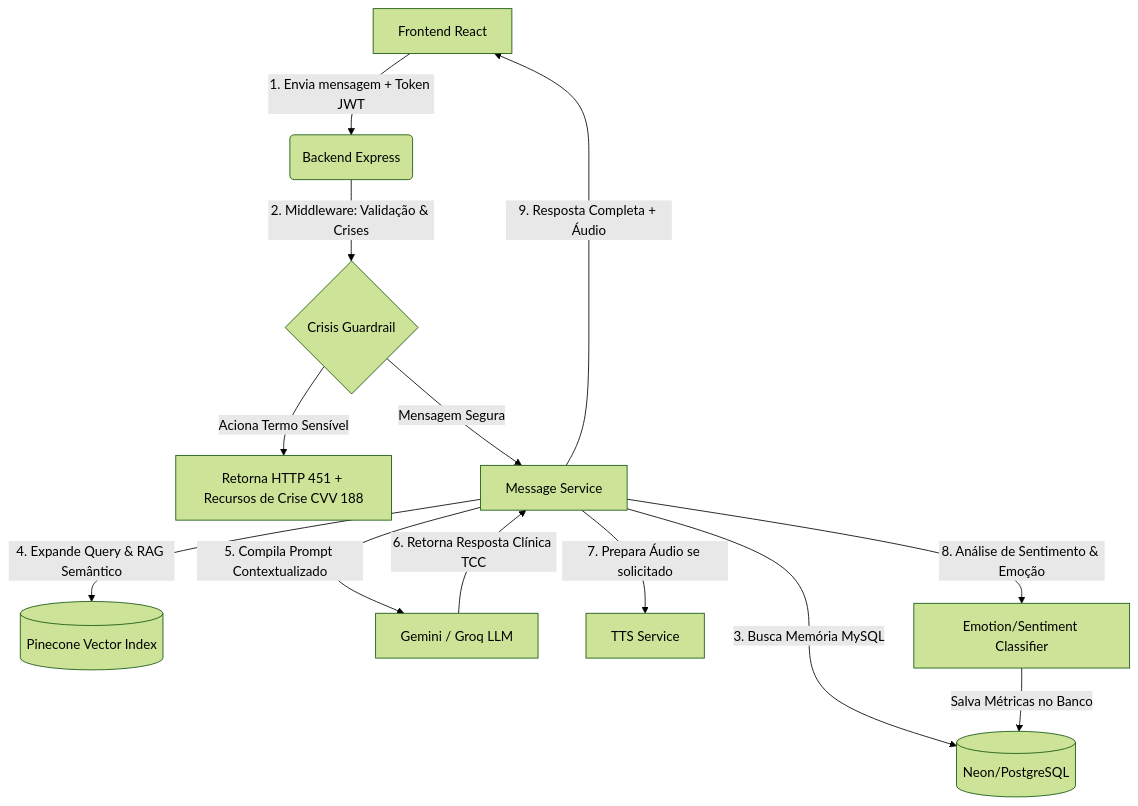
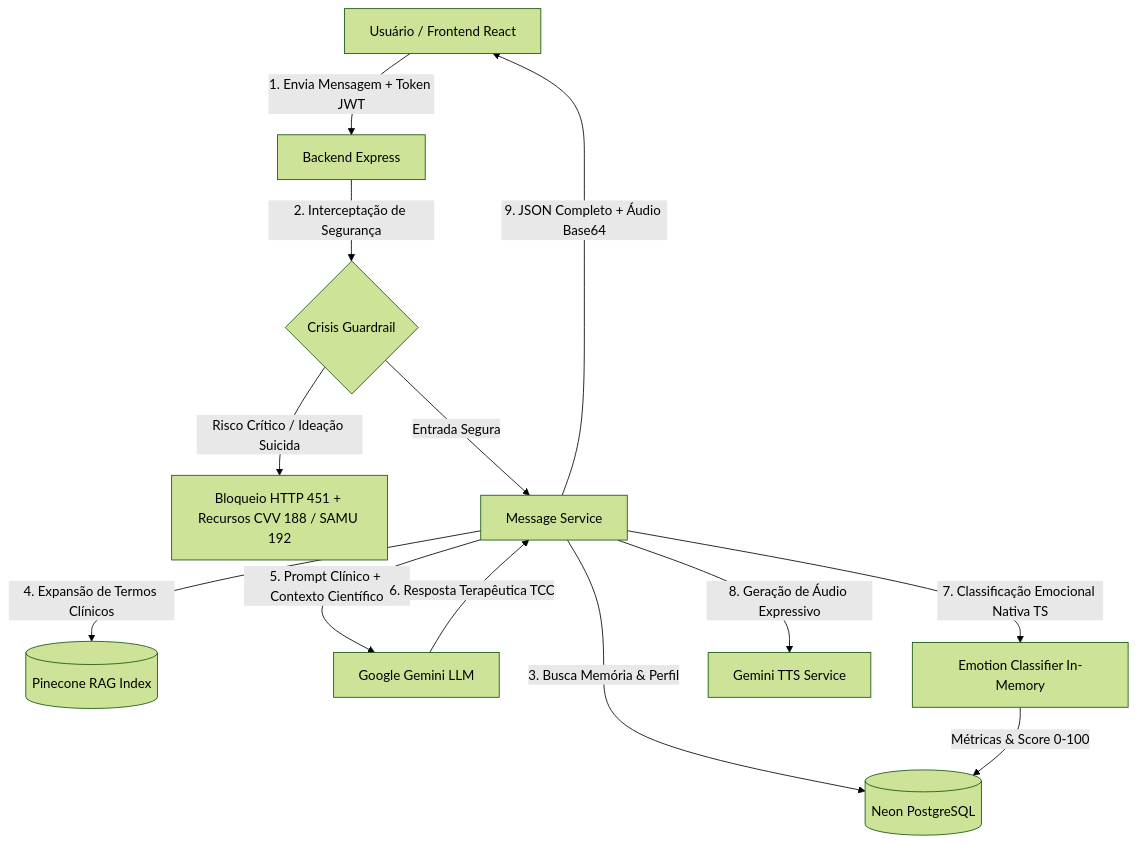
One commit to Lnd06/PSAI changed the diagram in README.md. Above: the diagram before and after it, drawn with Mermaid (forest theme). The commit also changed other lines of this file and 184 other files, not shown here.

````diff
--- a/README.md
+++ b/README.md
@@ -45,15 +45,15 @@
 ```mermaid
 graph TD
-    A[Frontend React] -->|1. Envia mensagem + Token JWT| B(Backend Express)
-    B -->|2. Middleware: Validação & Crises| C{Crisis Guardrail}
-    C -->|Aciona Termo Sensível| D[Retorna HTTP 451 + Recursos de Crise CVV 188]
-    C -->|Mensagem Segura| E[Message Service]
-    E -->|3. Busca Memória MySQL| F[(Neon/PostgreSQL)]
-    E -->|4. Expande Query & RAG Semântico| G[(Pinecone Vector Index)]
-    E -->|5. Compila Prompt Contextualizado| H[Gemini / Groq LLM]
-    H -->|6. Retorna Resposta Clínica TCC| E
-    E -->|7. Prepara Áudio se solicitado| I[TTS Service]
-    E -->|8. Análise de Sentimento & Emoção| J[Emotion/Sentiment Classifier]
-    J -->|Salva Métricas no Banco| F
-    E -->|9. Resposta Completa + Áudio| A
+    A[Usuário / Frontend React] -->|1. Envia Mensagem + Token JWT| B[Backend Express]
+    B -->|2. Interceptação de Segurança| C{Crisis Guardrail}
+    C -->|Risco Crítico / Ideação Suicida| D[Bloqueio HTTP 451 + Recursos CVV 188 / SAMU 192]
+    C -->|Entrada Segura| E[Message Service]
+    E -->|3. Busca Memória & Perfil| F[(Neon PostgreSQL)]
+    E -->|4. Expansão de Termos Clínicos| G[(Pinecone RAG Index)]
+    E -->|5. Prompt Clínico + Contexto Científico| H[Google Gemini LLM]
+    H -->|6. Resposta Terapêutica TCC| E
+    E -->|7. Classificação Emocional Nativa TS| I[Emotion Classifier In-Memory]
+    I -->|Métricas & Score 0-100| F
+    E -->|8. Geração de Áudio Expressivo| J[Gemini TTS Service]
+    E -->|9. JSON Completo + Áudio Base64| A
 ```
````
